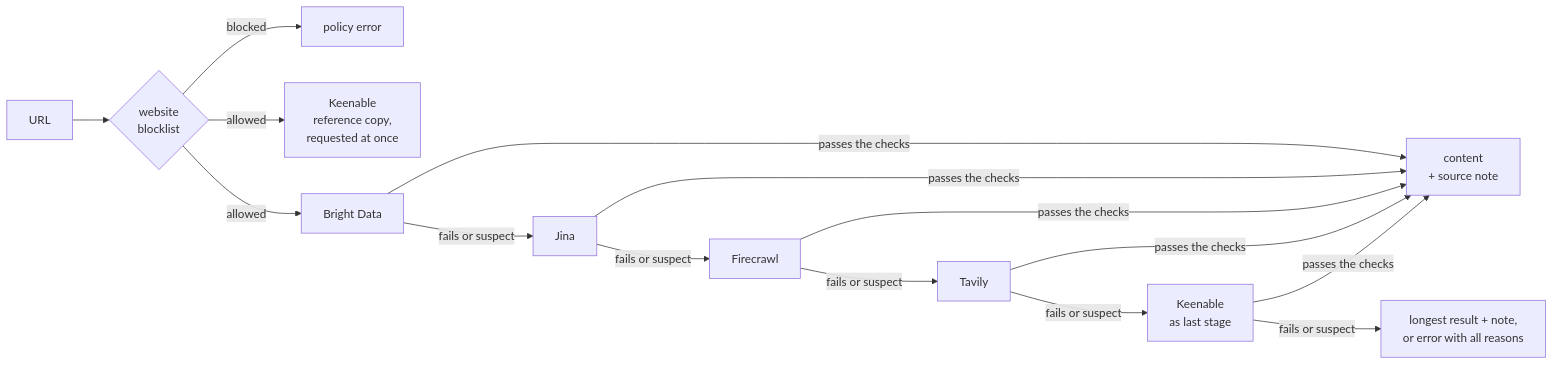
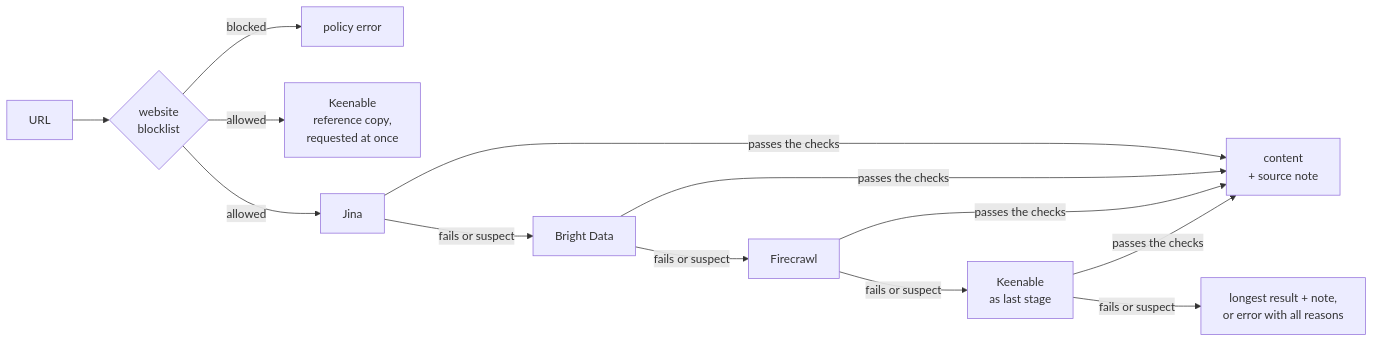
Before and after one commit to Pressimize/hermes-extract-chain: the diagram in README.md, drawn with Mermaid. The commit also changed other lines of this file and 6 other files, not shown here.

````diff
--- a/README.md
+++ b/README.md
@@ -11,13 +11,12 @@
 ```mermaid
 flowchart LR
     U[URL] --> P{website<br>blocklist}
     P -- blocked --> B[policy error]
     P -- allowed --> R[Keenable<br>reference copy,<br>requested at once]
-    P -- allowed --> S1[Bright Data]
-    S1 -- fails or suspect --> S2[Jina]
+    P -- allowed --> S1[Jina]
+    S1 -- fails or suspect --> S2[Bright Data]
     S2 -- fails or suspect --> S3[Firecrawl]
-    S3 -- fails or suspect --> S4[Tavily]
-    S4 -- fails or suspect --> S5[Keenable<br>as last stage]
-    S1 & S2 & S3 & S4 & S5 -- passes the checks --> C[content<br>+ source note]
-    S5 -- fails or suspect --> F[longest result + note,<br>or error with all reasons]
+    S3 -- fails or suspect --> S4[Keenable<br>as last stage]
+    S1 & S2 & S3 & S4 -- passes the checks --> C[content<br>+ source note]
+    S4 -- fails or suspect --> F[longest result + note,<br>or error with all reasons]
 ```
````
